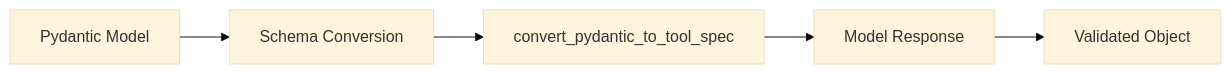
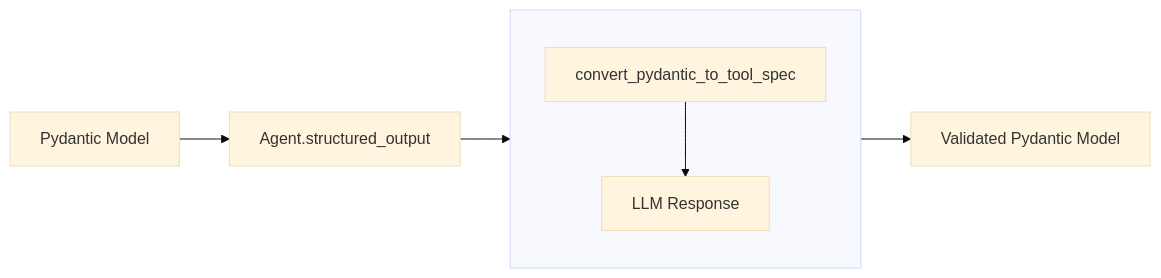
The diagram in docs/user-guide/concepts/agents/structured-output.md (strands-agents/docs), drawn with Mermaid (base theme) before and after one commit. The commit also changed other lines of this file and 3 other files, not shown here.

````diff
--- a/docs/user-guide/concepts/agents/structured-output.md
+++ b/docs/user-guide/concepts/agents/structured-output.md
@@ -9,7 +9,12 @@
 ```mermaid
 flowchart LR
-    A[Pydantic Model] --> B[Schema Conversion]
-    B --> C[convert_pydantic_to_tool_spec]
-    C --> D[Model Response]
-    D --> E[Validated Object]
+    A[Pydantic Model] --> B[Agent.structured_output]
+
+    subgraph Process[" "]
+        direction TB
+        C[convert_pydantic_to_tool_spec] --> D[LLM Response]
+    end
+    
+    B --> Process
+    Process --> E[Validated Pydantic Model]
 ```
````
